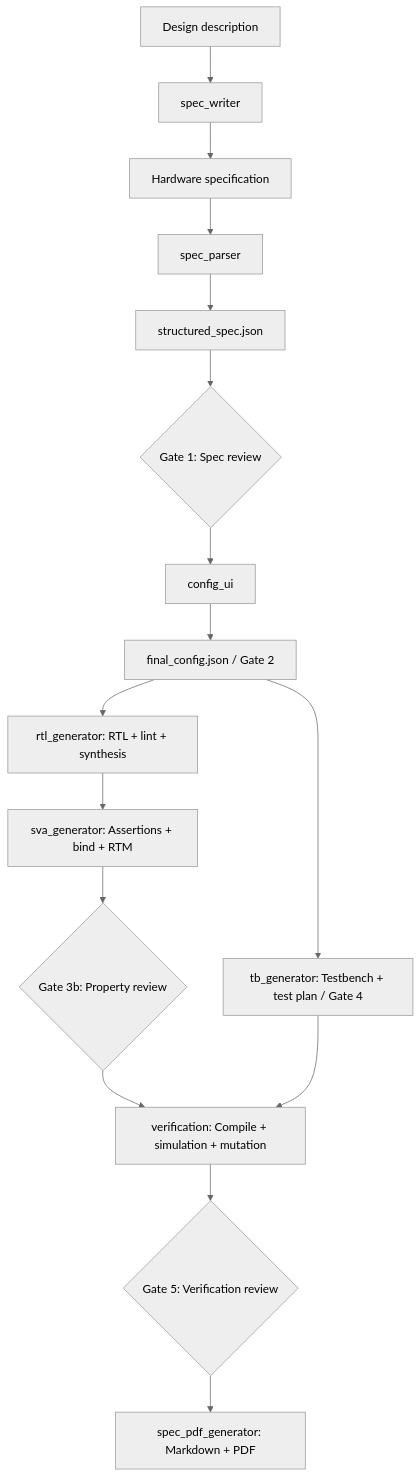
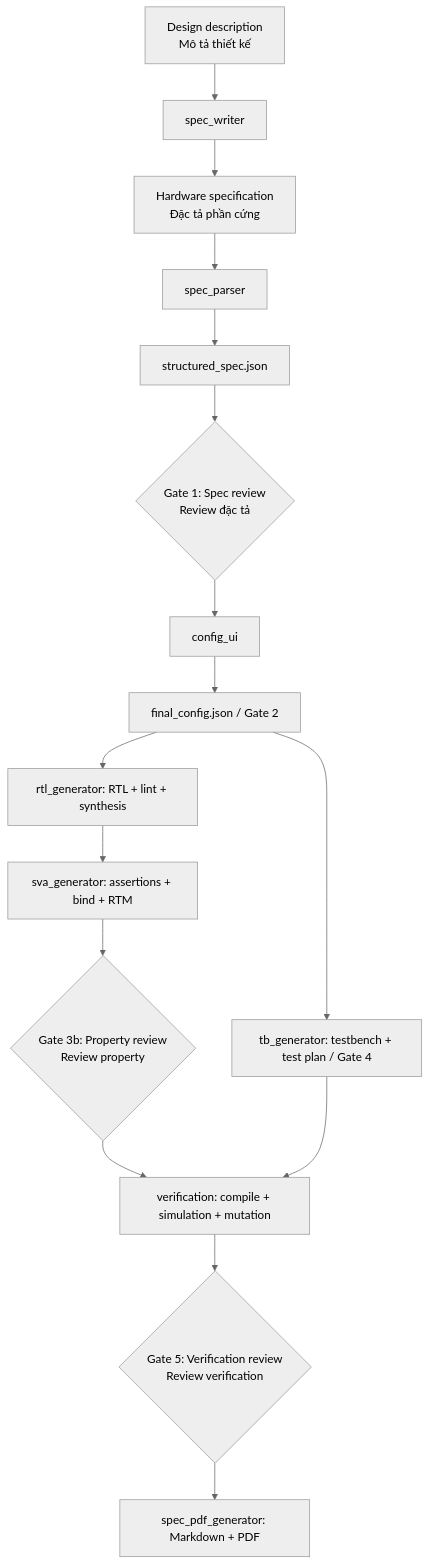
One commit to nguyenquanicd/VLSIT_RTL_Generator_AI_Flow changed the diagram in README.md. Above: the diagram before and after it, drawn with Mermaid (neutral theme). The commit also changed other lines of this file and 1 other file, not shown here.

````diff
--- a/README.md
+++ b/README.md
@@ -33,18 +47,18 @@
-```mermaid
+~~~mermaid
 flowchart TD
-    U[Design description] --> W[spec_writer]
-    W --> S[Hardware specification]
+    U["Design description<br/>Mô tả thiết kế"] --> W[spec_writer]
+    W --> S["Hardware specification<br/>Đặc tả phần cứng"]
     S --> P[spec_parser]
     P --> R[structured_spec.json]
-    R --> G1{Gate 1: Spec review}
+    R --> G1{"Gate 1: Spec review<br/>Review đặc tả"}
     G1 --> C[config_ui]
-    C --> F[final_config.json / Gate 2]
-    F --> RTL[rtl_generator: RTL + lint + synthesis]
-    F --> TB[tb_generator: Testbench + test plan / Gate 4]
-    RTL --> A[sva_generator: Assertions + bind + RTM]
-    A --> G3{Gate 3b: Property review}
-    G3 --> V[verification: Compile + simulation + mutation]
+    C --> F["final_config.json / Gate 2"]
+    F --> RTL["rtl_generator: RTL + lint + synthesis"]
+    F --> TB["tb_generator: testbench + test plan / Gate 4"]
+    RTL --> A["sva_generator: assertions + bind + RTM"]
+    A --> G3{"Gate 3b: Property review<br/>Review property"}
+    G3 --> V["verification: compile + simulation + mutation"]
     TB --> V
-    V --> G5{Gate 5: Verification review}
-    G5 --> D[spec_pdf_generator: Markdown + PDF]
-```
+    V --> G5{"Gate 5: Verification review<br/>Review verification"}
+    G5 --> D["spec_pdf_generator: Markdown + PDF"]
+~~~
````
